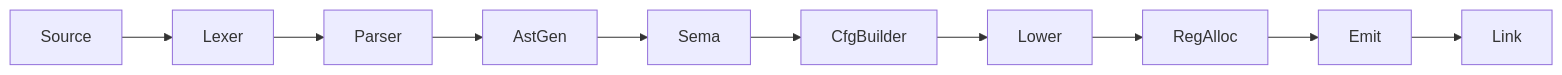
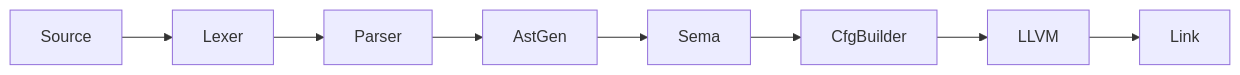
Before and after one commit to ysimonson/gruel: the diagram in CLAUDE.md, drawn with Mermaid. The commit also changed other lines of this file and 51 other files, not shown here.

````diff
--- a/CLAUDE.md
+++ b/CLAUDE.md
@@ -70,4 +69,4 @@
 ```mermaid
 graph LR
-    Source --> Lexer --> Parser --> AstGen --> Sema --> CfgBuilder --> Lower --> RegAlloc --> Emit --> Link
+    Source --> Lexer --> Parser --> AstGen --> Sema --> CfgBuilder --> LLVM --> Link
 ```
````
